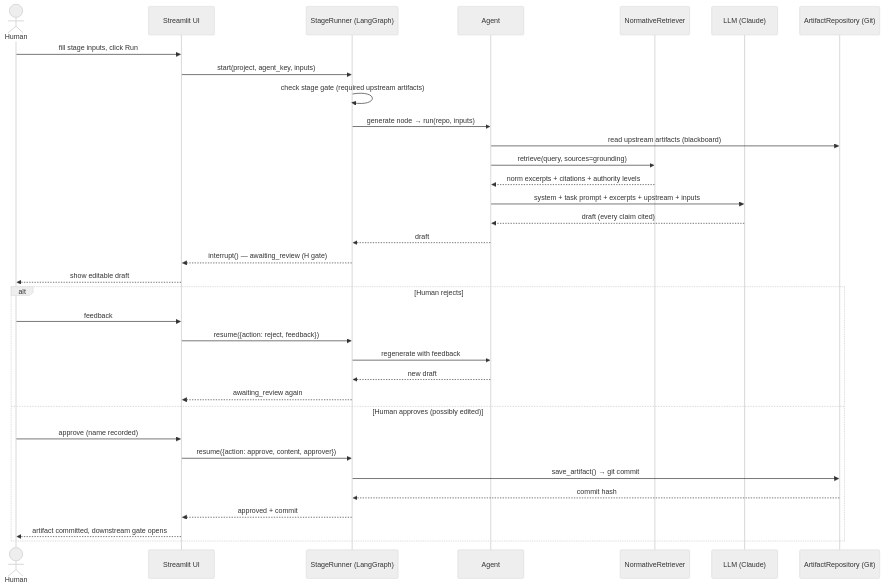
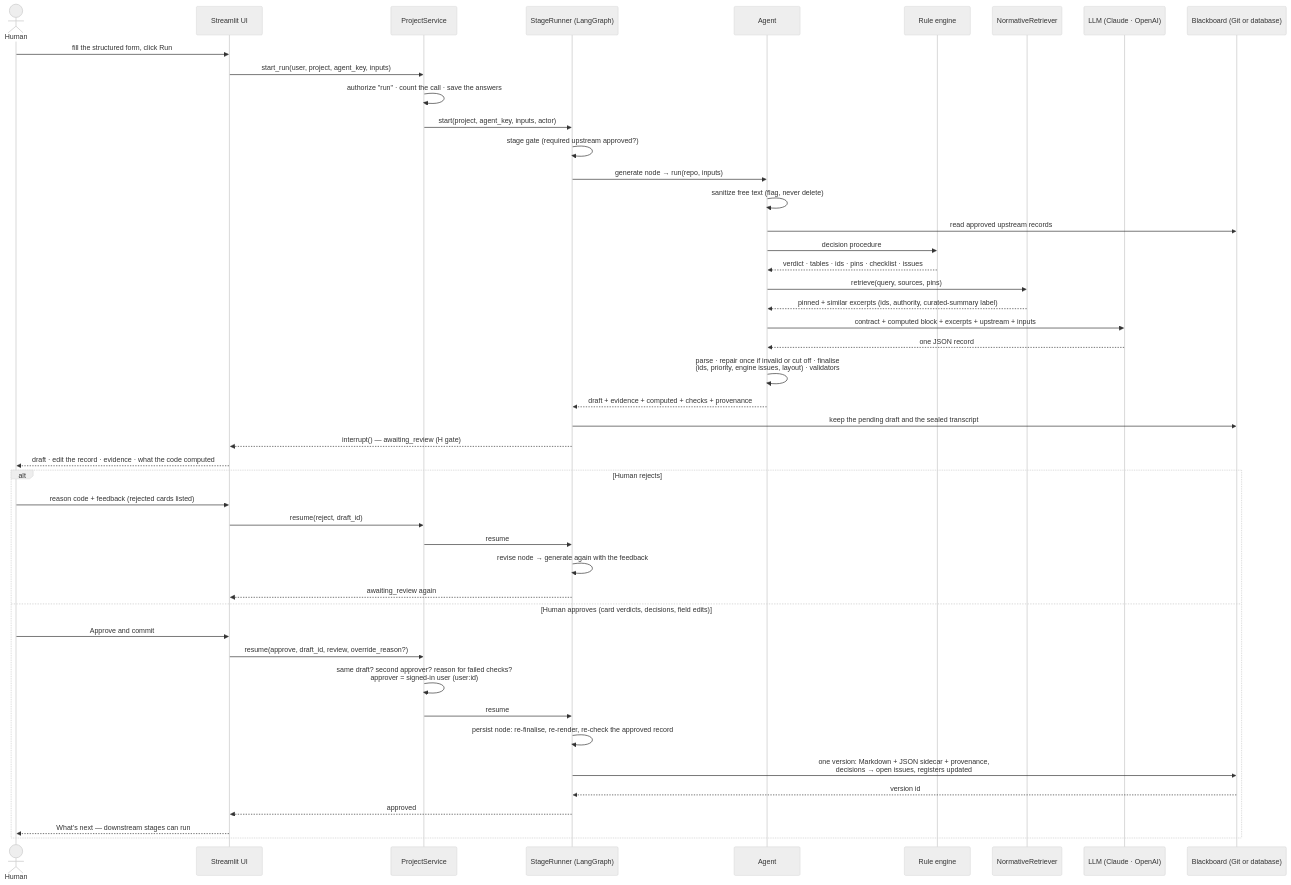
Diagram 11 of 12 in docs/architecture.md (DiogoCampanha/raia), drawn with Mermaid (neutral theme) before and after one commit. The commit also changed other lines of this file and 16 other files, not shown here.

````diff
--- a/docs/architecture.md
+++ b/docs/architecture.md
@@ -421,38 +566,50 @@
 ```mermaid
 sequenceDiagram
     actor Human
     participant UI as Streamlit UI
+    participant PS as ProjectService
     participant SR as StageRunner (LangGraph)
     participant AG as Agent
+    participant ENG as Rule engine
     participant RAG as NormativeRetriever
-    participant LLM as LLM (Claude)
-    participant REPO as ArtifactRepository (Git)
+    participant LLM as LLM (Claude · OpenAI)
+    participant REPO as Blackboard (Git or database)
 
-    Human->>UI: fill stage inputs, click Run
-    UI->>SR: start(project, agent_key, inputs)
-    SR->>SR: check stage gate (required upstream artifacts)
+    Human->>UI: fill the structured form, click Run
+    UI->>PS: start_run(user, project, agent_key, inputs)
+    PS->>PS: authorize "run" · count the call · save the answers
+    PS->>SR: start(project, agent_key, inputs, actor)
+    SR->>SR: stage gate (required upstream approved?)
     SR->>AG: generate node → run(repo, inputs)
-    AG->>REPO: read upstream artifacts (blackboard)
-    AG->>RAG: retrieve(query, sources=grounding)
-    RAG-->>AG: norm excerpts + citations + authority levels
-    AG->>LLM: system + task prompt + excerpts + upstream + inputs
-    LLM-->>AG: draft (every claim cited)
-    AG-->>SR: draft
+    AG->>AG: sanitize free text (flag, never delete)
+    AG->>REPO: read approved upstream records
+    AG->>ENG: decision procedure
+    ENG-->>AG: verdict · tables · ids · pins · checklist · issues
+    AG->>RAG: retrieve(query, sources, pins)
+    RAG-->>AG: pinned + similar excerpts (ids, authority, curated-summary label)
+    AG->>LLM: contract + computed block + excerpts + upstream + inputs
+    LLM-->>AG: one JSON record
+    AG->>AG: parse · repair once if invalid or cut off · finalise<br/>(ids, priority, engine issues, layout) · validators
+    AG-->>SR: draft + evidence + computed + checks + provenance
+    SR->>REPO: keep the pending draft and the sealed transcript
     SR-->>UI: interrupt() — awaiting_review (H gate)
-    UI-->>Human: show editable draft
+    UI-->>Human: draft · edit the record · evidence · what the code computed
 
     alt Human rejects
-        Human->>UI: feedback
-        UI->>SR: resume({action: reject, feedback})
-        SR->>AG: regenerate with feedback
-        AG-->>SR: new draft
+        Human->>UI: reason code + feedback (rejected cards listed)
+        UI->>PS: resume(reject, draft_id)
+        PS->>SR: resume
+        SR->>SR: revise node → generate again with the feedback
         SR-->>UI: awaiting_review again
-    else Human approves (possibly edited)
-        Human->>UI: approve (name recorded)
-        UI->>SR: resume({action: approve, content, approver})
-        SR->>REPO: save_artifact() → git commit
-        REPO-->>SR: commit hash
-        SR-->>UI: approved + commit
-        UI-->>Human: artifact committed, downstream gate opens
+    else Human approves (card verdicts, decisions, field edits)
+        Human->>UI: Approve and commit
+        UI->>PS: resume(approve, draft_id, review, override_reason?)
+        PS->>PS: same draft? second approver? reason for failed checks?<br/>approver = signed-in user (user:id)
+        PS->>SR: resume
+        SR->>SR: persist node: re-finalise, re-render, re-check the approved record
+        SR->>REPO: one version: Markdown + JSON sidecar + provenance,<br/>decisions → open issues, registers updated
+        REPO-->>SR: version id
+        SR-->>UI: approved
+        UI-->>Human: What's next — downstream stages can run
     end
 ```
````
